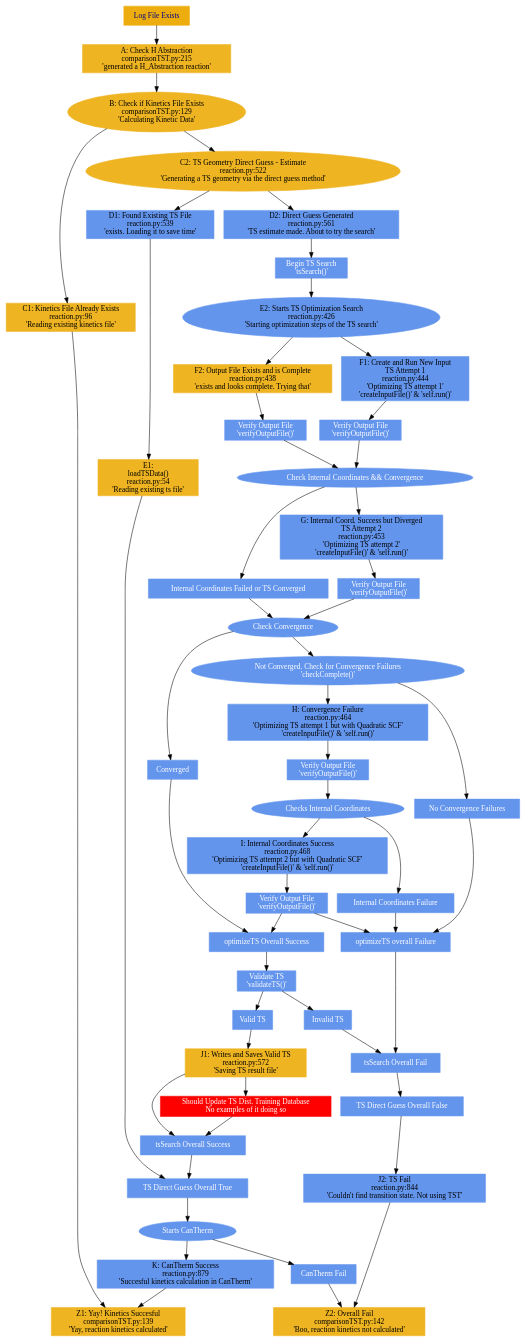
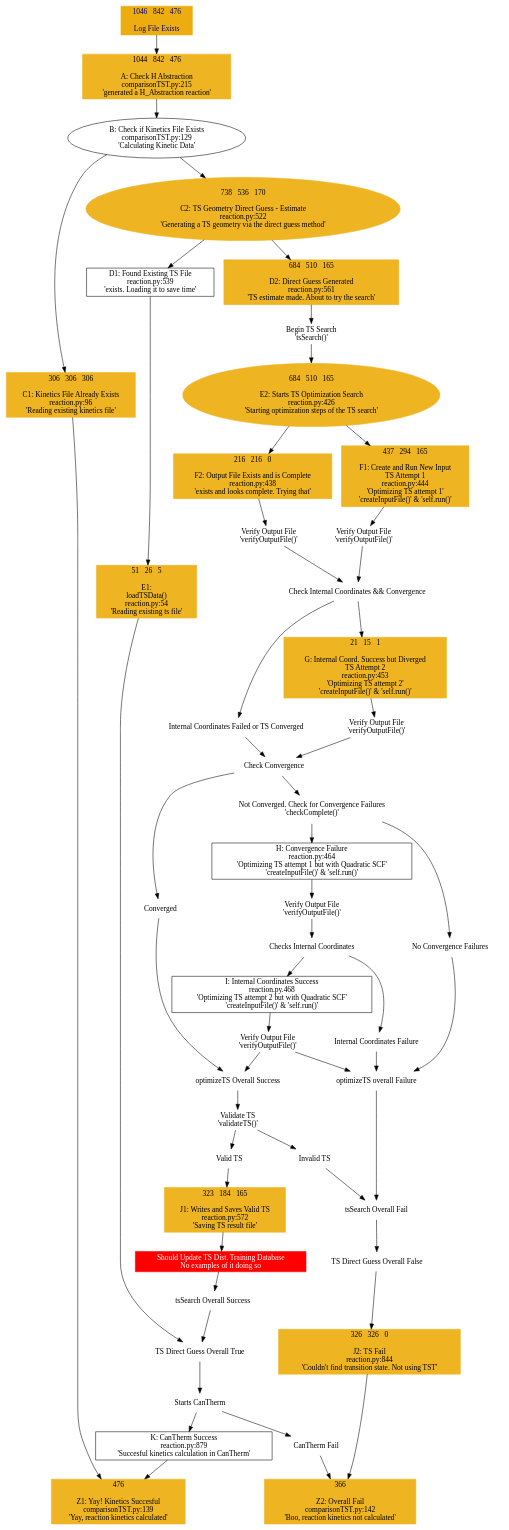
The diagram in simpleChart.dot (C-Underkoffler/OOHAbstraction), drawn with Graphviz before and after one commit.

Commit message:
Added Completion and Success Correlations and Updated Color Coding

```diff
--- a/simpleChart.dot
+++ b/simpleChart.dot
@@ -1,152 +1,161 @@
 digraph G {
-  node  [ color = cornflowerblue,
-          fontcolor = white,
+  node  [ color = white,
+          fontcolor = black,
           shape = rectangle,
           style = filled];
 
   start [ color = darkgoldenrod2,
           fontcolor = navy,
-          label = "Log File Exists",
+          label = "1046   842   476\n\nLog File Exists",
           shape = box];
 
-  matchH  [ label = "A: Check H Abstraction\ncomparisonTST.py:215\n'generated a H_Abstraction reaction'",
+  matchH  [ label = "1044   842   476\n\nA: Check H Abstraction\ncomparisonTST.py:215\n'generated a H_Abstraction reaction'",
             color = goldenrod2,
             fontcolor = black];
 
   checkKin  [ label = "B: Check if Kinetics File Exists\ncomparisonTST.py:129\n'Calculating Kinetic Data'",
               shape = ellipse,
-              color = goldenrod2,
-              fontcolor = black];
+              color = black,
+              style = solid];
 
-  checkKin_Exists [ label = "C1: Kinetics File Already Exists\nreaction.py:96\n'Reading existing kinetics file'",
+  checkKin_Exists [ label = "306   306   306\n\nC1: Kinetics File Already Exists\nreaction.py:96\n'Reading existing kinetics file'",
                     color = goldenrod2,
                     fontcolor = black];
 
-  TSdirect  [ label = "C2: TS Geometry Direct Guess - Estimate\nreaction.py:522\n'Generating a TS geometry via the direct guess method'",
+  TSdirect  [ label = "738   536   170\n\nC2: TS Geometry Direct Guess - Estimate\nreaction.py:522\n'Generating a TS geometry via the direct guess method'",
               shape = ellipse,
               color = goldenrod2,
               fontcolor = black];
   TSdirect_exists [ label = "D1: Found Existing TS File\nreaction.py:539\n'exists. Loading it to save time'",
-                    fontcolor = black];
-  loadTSData  [ label = "E1:\nloadTSData()\nreaction.py:54\n'Reading existing ts file'",
+                    color = black,
+                    style = solid];
+  loadTSData  [ label = "51   26   5\n\nE1:\nloadTSData()\nreaction.py:54\n'Reading existing ts file'",
                 color = goldenrod2,
                 fontcolor = black];
 
-  TSdirect_generated  [ label = "D2: Direct Guess Generated\nreaction.py:561\n'TS estimate made. About to try the search'",
+  TSdirect_generated  [ label = "684   510   165\n\nD2: Direct Guess Generated\nreaction.py:561\n'TS estimate made. About to try the search'",
+                        color = goldenrod2,
                         fontcolor = black];
 
   tsSearch  [ label = "Begin TS Search\n'tsSearch()'"];
   tsSearch_overallSuccess [ label = "tsSearch Overall Success"];
   tsSearch_overallFail  [ label = "tsSearch Overall Fail"];
 #####
   validateTS  [ label = "Validate TS\n'validateTS()'"];
   validateTS_valid  [ label = "Valid TS"];
   validateTS_invalid  [ label = "Invalid TS"];
-  validateTS_valid_writeAndSave [ label = "J1: Writes and Saves Valid TS\nreaction.py:572\n'Saving TS result file'",
+  validateTS_valid_writeAndSave [ label = "323   184   165\n\nJ1: Writes and Saves Valid TS\nreaction.py:572\n'Saving TS result file'",
                                   color = goldenrod2,
                                   fontcolor = black];
 #####
   TSdirect_overallFalse [ label = "TS Direct Guess Overall False"];
   TSdirect_overallTrue  [ label = "TS Direct Guess Overall True"];
 
   Updates_TSdist_training_database [ label = "Should Update TS Dist. Training Database\nNo examples of it doing so",
-                                      color = red];
+                                      color = red,
+                                      fontcolor = white];
 #####
-  optimizeTS  [ label = "E2: Starts TS Optimization Search\nreaction.py:426\n'Starting optimization steps of the TS search'",
+  optimizeTS  [ label = "684   510   165\n\nE2: Starts TS Optimization Search\nreaction.py:426\n'Starting optimization steps of the TS search'",
                 shape = ellipse,
+                color = goldenrod2,
                 fontcolor = black];
 
-  optimizeTS_outputAlreadyExists_complete [ label = "F2: Output File Exists and is Complete\nreaction.py:438\n'exists and looks complete. Trying that'",
+  optimizeTS_outputAlreadyExists_complete [ label = "216   216   0\n\nF2: Output File Exists and is Complete\nreaction.py:438\n'exists and looks complete. Trying that'",
                                             color = goldenrod2,
                                             fontcolor = black];
   optimizeTS_outputAlreadyExists_complete_verify  [ label = "Verify Output File\n'verifyOutputFile()'"];
-  optimizeTS_outputDNE_newInput [ label = "F1: Create and Run New Input\nTS Attempt 1\nreaction.py:444\n'Optimizing TS attempt 1'\n'createInputFile()' & 'self.run()'",
+  optimizeTS_outputDNE_newInput [ label = "437   294   165\n\nF1: Create and Run New Input\nTS Attempt 1\nreaction.py:444\n'Optimizing TS attempt 1'\n'createInputFile()' & 'self.run()'",
+                                  color = goldenrod2,
                                   fontcolor = black];
   optimizeTS_outputDNE_newInput_VOF [ label = "Verify Output File\n'verifyOutputFile()'"];
   optimizeTS_checkIntCoord  [ label = "Check Internal Coordinates && Convergence",
                               shape = ellipse];
   optimizeTS_checkIntCoord_Conv [ label ="Internal Coordinates Failed or TS Converged"];
-  optimizeTS_checkIntCoord_DNC  [ label = "G: Internal Coord. Success but Diverged\nTS Attempt 2\nreaction.py:453\n'Optimizing TS attempt 2'\n'createInputFile()' & 'self.run()'",
+  optimizeTS_checkIntCoord_DNC  [ label = "21   15   1\n\nG: Internal Coord. Success but Diverged\nTS Attempt 2\nreaction.py:453\n'Optimizing TS attempt 2'\n'createInputFile()' & 'self.run()'",
+                                  color = goldenrod2,
                                   fontcolor = black];
   optimizeTS_checkIntCoord_DNC_VOF  [ label = "Verify Output File\n'verifyOutputFile()'"];
   optimizeTS_checkConv  [ label = "Check Convergence",
                           shape = ellipse];
   optimizeTS_checkConv_converged  [ label = "Converged"];
   optimizeTS_checkConv_DNC  [ label = "Not Converged. Check for Convergence Failures\n'checkComplete()'",
                               shape = ellipse];
   optimizeTS_checkConv_DNC_convFailure  [ label = "H: Convergence Failure\nreaction.py:464\n'Optimizing TS attempt 1 but with Quadratic SCF'\n'createInputFile()' & 'self.run()'",
-                                          fontcolor = black];
+                                          color = black,
+                                          style = solid];
   optimizeTS_checkConv_DNC_convFailure_VOF  [ label = "Verify Output File\n'verifyOutputFile()'"];
   optimizeTS_checkConv_DNC_convFailure_checkIntCoord  [ label = "Checks Internal Coordinates",
                                                         shape = ellipse];
   optimizeTS_checkConv_DNC_convSuccess  [ label = "No Convergence Failures"];
   optimizeTS_checkConv_DNC_convFailure_checkIntCoord_ICsucc [ label = "I: Internal Coordinates Success\nreaction.py.468\n'Optimizing TS attempt 2 but with Quadratic SCF'\n'createInputFile()' & 'self.run()'",
-                                                              fontcolor = black];
+                                                              color = black,
+                                                              style = solid];
   optimizeTS_checkConv_DNC_convFailure_checkIntCoord_ICsucc_VOF [ label = "Verify Output File\n'verifyOutputFile()'"];
   optimizeTS_checkConv_DNC_convFailure_checkIntCoord_ICfail [ label = "Internal Coordinates Failure"];
 
   optimizeTS_overallSuccess [ label = "optimizeTS Overall Success"];
   optimizeTS_overallFail  [ label = "optimizeTS overall Failure"];
 #####
 
   canTherm  [ label = "Starts CanTherm",
               shape = ellipse];
   canTherm_fail [ label = "CanTherm Fail"];
   canTherm_success  [ label = "K: CanTherm Success\nreaction.py:879\n'Succesful kinetics calculation in CanTherm'",
-                      fontcolor = black];
+                      color = black,
+                      style = solid];
 
-  TSoverallFail [ label = "J2: TS Fail\nreaction.py:844\n'Couldn't find transition state. Not using TST'",
+  TSoverallFail [ label = "326   326   0\n\nJ2: TS Fail\nreaction.py:844\n'Couldn't find transition state. Not using TST'",
+                  color = goldenrod2,
                   fontcolor = black];
-  overallFail [ label = "Z2: Overall Fail\ncomparisonTST.py:142\n'Boo, reaction kinetics not calculated'",
+  overallFail [ label = "366\n\nZ2: Overall Fail\ncomparisonTST.py:142\n'Boo, reaction kinetics not calculated'",
                 color = goldenrod2,
                 fontcolor = black];
-  overallSuccess   [ label = "Z1: Yay! Kinetics Succesful\ncomparisonTST.py:139\n'Yay, reaction kinetics calculated'"
+  overallSuccess   [ label = "476\n\nZ1: Yay! Kinetics Succesful\ncomparisonTST.py:139\n'Yay, reaction kinetics calculated'"
                     color = goldenrod2,
                     fontcolor = black];
 
 ###########################################################################################################################################################################################
 
   start -> matchH -> checkKin
 
   checkKin -> checkKin_Exists -> overallSuccess
   checkKin -> TSdirect
 
   TSdirect -> TSdirect_exists -> loadTSData -> TSdirect_overallTrue
   TSdirect -> TSdirect_generated
   TSdirect_generated -> tsSearch -> optimizeTS
 
 
   optimizeTS -> optimizeTS_outputDNE_newInput -> optimizeTS_outputDNE_newInput_VOF -> optimizeTS_checkIntCoord
   optimizeTS -> optimizeTS_outputAlreadyExists_complete -> optimizeTS_outputAlreadyExists_complete_verify
   optimizeTS_outputAlreadyExists_complete_verify -> optimizeTS_checkIntCoord
   optimizeTS_checkIntCoord -> optimizeTS_checkIntCoord_DNC -> optimizeTS_checkIntCoord_DNC_VOF
   optimizeTS_checkIntCoord_DNC_VOF -> optimizeTS_checkConv
   optimizeTS_checkIntCoord -> optimizeTS_checkIntCoord_Conv -> optimizeTS_checkConv
   optimizeTS_checkConv -> optimizeTS_checkConv_converged
   optimizeTS_checkConv -> optimizeTS_checkConv_DNC
   optimizeTS_checkConv_DNC -> optimizeTS_checkConv_DNC_convFailure -> optimizeTS_checkConv_DNC_convFailure_VOF
   optimizeTS_checkConv_DNC -> optimizeTS_checkConv_DNC_convSuccess
   optimizeTS_checkConv_DNC_convFailure_VOF -> optimizeTS_checkConv_DNC_convFailure_checkIntCoord
   optimizeTS_checkConv_DNC_convFailure_checkIntCoord -> optimizeTS_checkConv_DNC_convFailure_checkIntCoord_ICsucc
   optimizeTS_checkConv_DNC_convFailure_checkIntCoord -> optimizeTS_checkConv_DNC_convFailure_checkIntCoord_ICfail
   optimizeTS_checkConv_DNC_convFailure_checkIntCoord_ICsucc -> optimizeTS_checkConv_DNC_convFailure_checkIntCoord_ICsucc_VOF
 
   optimizeTS_checkConv_converged -> optimizeTS_overallSuccess
   optimizeTS_checkConv_DNC_convFailure_checkIntCoord_ICsucc_VOF -> optimizeTS_overallSuccess
   optimizeTS_checkConv_DNC_convFailure_checkIntCoord_ICsucc_VOF -> optimizeTS_overallFail
   optimizeTS_checkConv_DNC_convSuccess -> optimizeTS_overallFail
   optimizeTS_checkConv_DNC_convFailure_checkIntCoord_ICfail -> optimizeTS_overallFail
 
   optimizeTS_overallFail -> tsSearch_overallFail
   optimizeTS_overallSuccess -> validateTS
 
   validateTS -> validateTS_valid
   validateTS -> validateTS_invalid
-  validateTS_valid -> validateTS_valid_writeAndSave -> tsSearch_overallSuccess -> TSdirect_overallTrue -> canTherm
+  validateTS_valid -> validateTS_valid_writeAndSave -> Updates_TSdist_training_database -> tsSearch_overallSuccess -> TSdirect_overallTrue -> canTherm
   validateTS_invalid -> tsSearch_overallFail -> TSdirect_overallFalse -> TSoverallFail -> overallFail
-  validateTS_valid_writeAndSave -> Updates_TSdist_training_database -> tsSearch_overallSuccess
 
   canTherm -> canTherm_success -> overallSuccess
   canTherm -> canTherm_fail -> overallFail
 
 }
```
